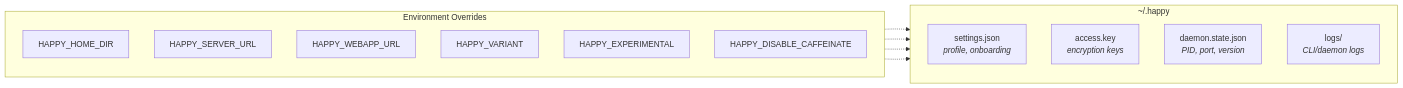
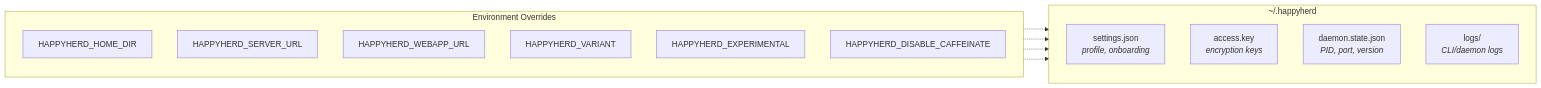
Before and after one commit to NickGuAI/HappyHerd: the third of 12 diagrams in server/docs/cli-architecture.md, drawn with Mermaid. The commit also changed other lines of this file and 798 other files, not shown here.

````diff
--- a/server/docs/cli-architecture.md
+++ b/server/docs/cli-architecture.md
@@ -81,22 +81,22 @@
 ```mermaid
 graph LR
-    subgraph "~/.happy"
+    subgraph "~/.happyherd"
         direction TB
         settings["settings.json<br/><i>profile, onboarding</i>"]
         access["access.key<br/><i>encryption keys</i>"]
         daemon["daemon.state.json<br/><i>PID, port, version</i>"]
         logs["logs/<br/><i>CLI/daemon logs</i>"]
     end
 
     subgraph "Environment Overrides"
         direction TB
-        E1[HAPPY_HOME_DIR]
-        E2[HAPPY_SERVER_URL]
-        E3[HAPPY_WEBAPP_URL]
-        E4[HAPPY_VARIANT]
-        E5[HAPPY_EXPERIMENTAL]
-        E6[HAPPY_DISABLE_CAFFEINATE]
+        E1[HAPPYHERD_HOME_DIR]
+        E2[HAPPYHERD_SERVER_URL]
+        E3[HAPPYHERD_WEBAPP_URL]
+        E4[HAPPYHERD_VARIANT]
+        E5[HAPPYHERD_EXPERIMENTAL]
+        E6[HAPPYHERD_DISABLE_CAFFEINATE]
     end
 
     E1 -.-> settings & access & daemon & logs
 ```
````
